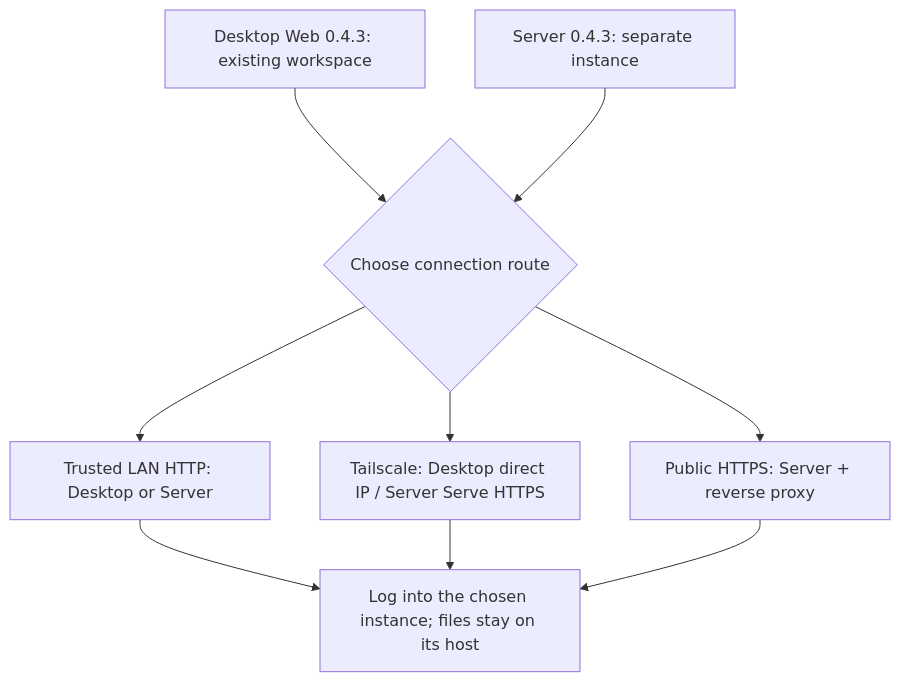
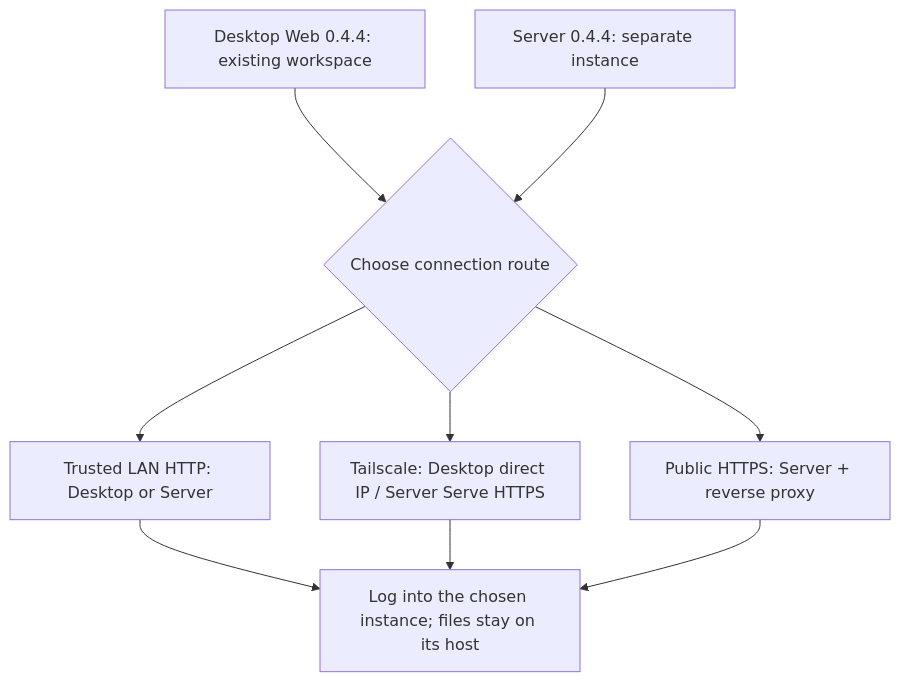
One commit to 1443205008/rovai-ai changed the diagram in website/site/public/assets/diagrams/deployment-choice-en.mmd. Above: the diagram before and after it, drawn with Mermaid. The commit also changed 11 other files, not shown here.

```diff
--- a/website/site/public/assets/diagrams/deployment-choice-en.mmd
+++ b/website/site/public/assets/diagrams/deployment-choice-en.mmd
@@ -1,12 +1,12 @@
 flowchart TB
-  desktop["Desktop Web 0.4.3: existing workspace"]
-  server["Server 0.4.3: separate instance"]
+  desktop["Desktop Web 0.4.4: existing workspace"]
+  server["Server 0.4.4: separate instance"]
   choice{"Choose connection route"}
   desktop --> choice
   server --> choice
   choice --> lan["Trusted LAN HTTP: Desktop or Server"]
   choice --> ts["Tailscale: Desktop direct IP / Server Serve HTTPS"]
   choice --> public["Public HTTPS: Server + reverse proxy"]
   lan --> login["Log into the chosen instance; files stay on its host"]
   ts --> login
   public --> login
```
